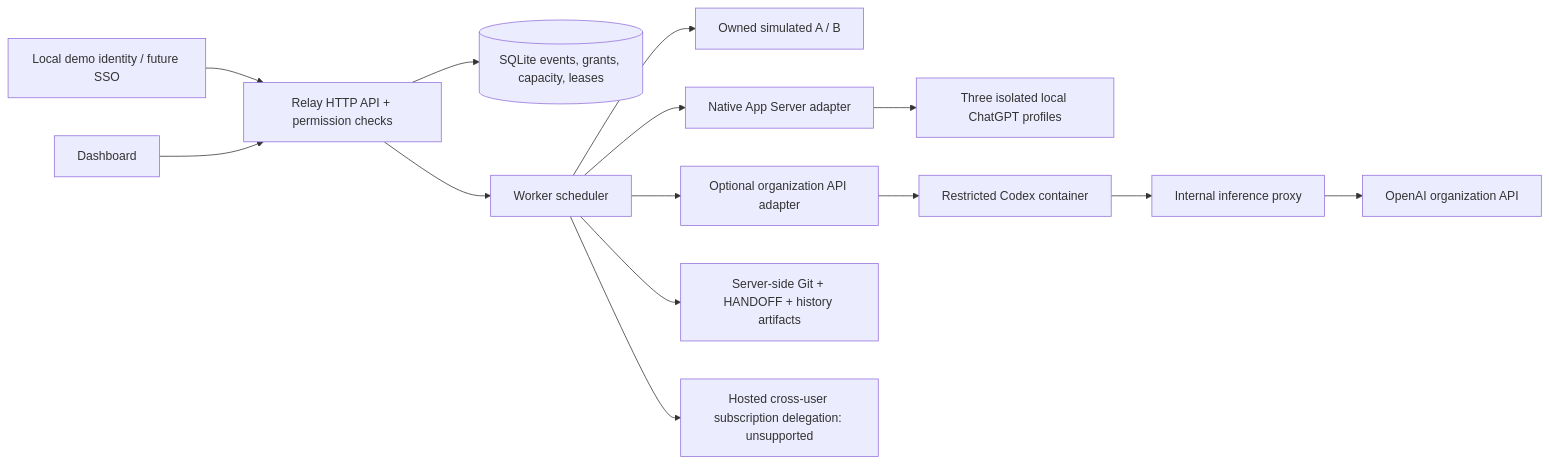
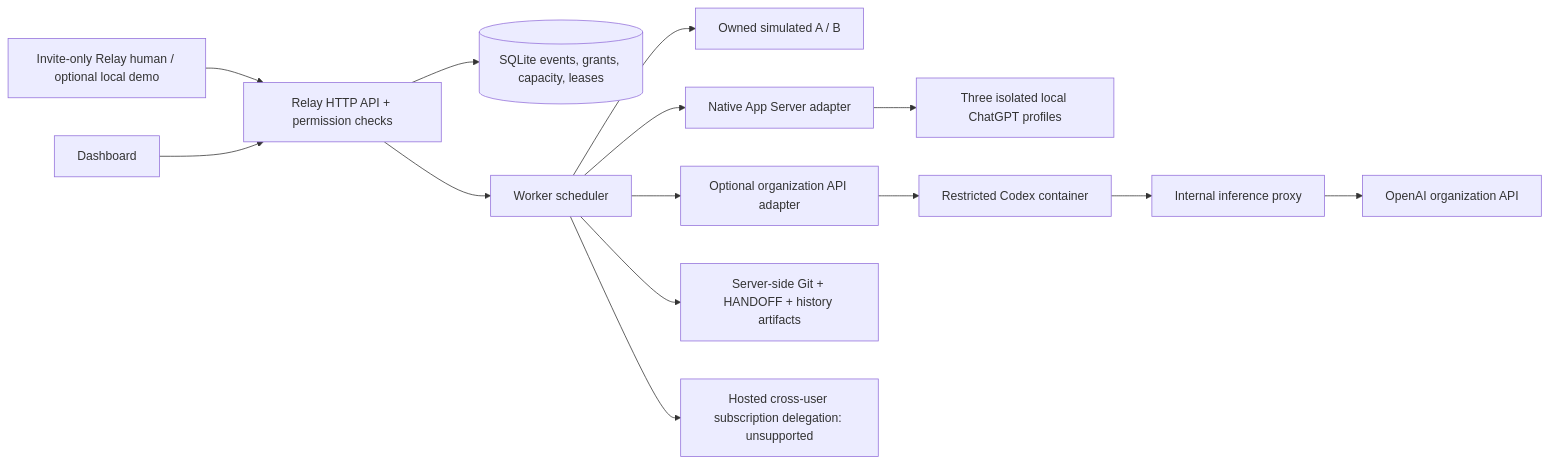
The diagram in README.md (DantHult/Agent_pool), drawn with Mermaid before and after one commit. The commit also changed other lines of this file and 45 other files, not shown here.

````diff
--- a/README.md
+++ b/README.md
@@ -63,16 +83,16 @@
 ```mermaid
 flowchart LR
-    U[Local demo identity / future SSO] --> API[Relay HTTP API + permission checks]
+    U[Invite-only Relay human / optional local demo] --> API[Relay HTTP API + permission checks]
     UI[Dashboard] --> API
     API --> DB[(SQLite events, grants, capacity, leases)]
     API --> S[Worker scheduler]
     S --> SIM[Owned simulated A / B]
     S --> NATIVE[Native App Server adapter]
     NATIVE --> PROFILES[Three isolated local ChatGPT profiles]
     S --> LIVE[Optional organization API adapter]
     LIVE --> BOX[Restricted Codex container]
     BOX --> PROXY[Internal inference proxy]
     PROXY --> OA[OpenAI organization API]
     S --> GIT[Server-side Git + HANDOFF + history artifacts]
     S --> OFF[Hosted cross-user subscription delegation: unsupported]
 ```
````
